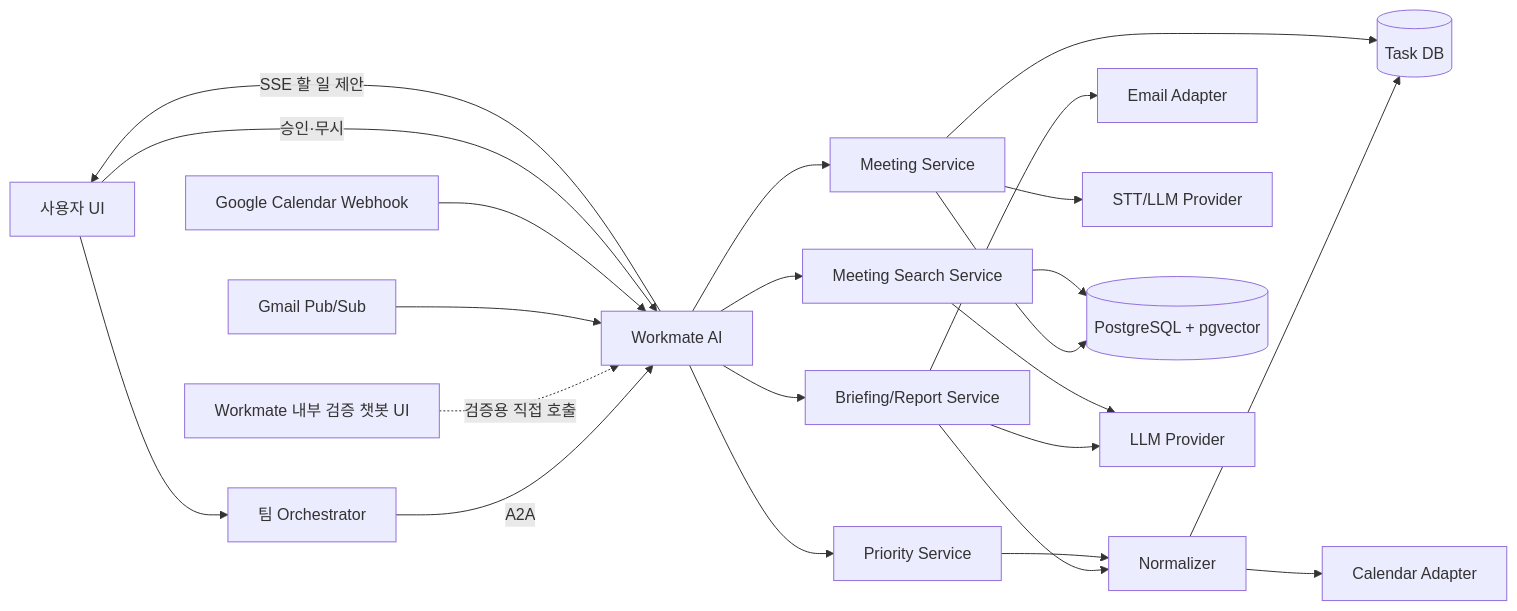
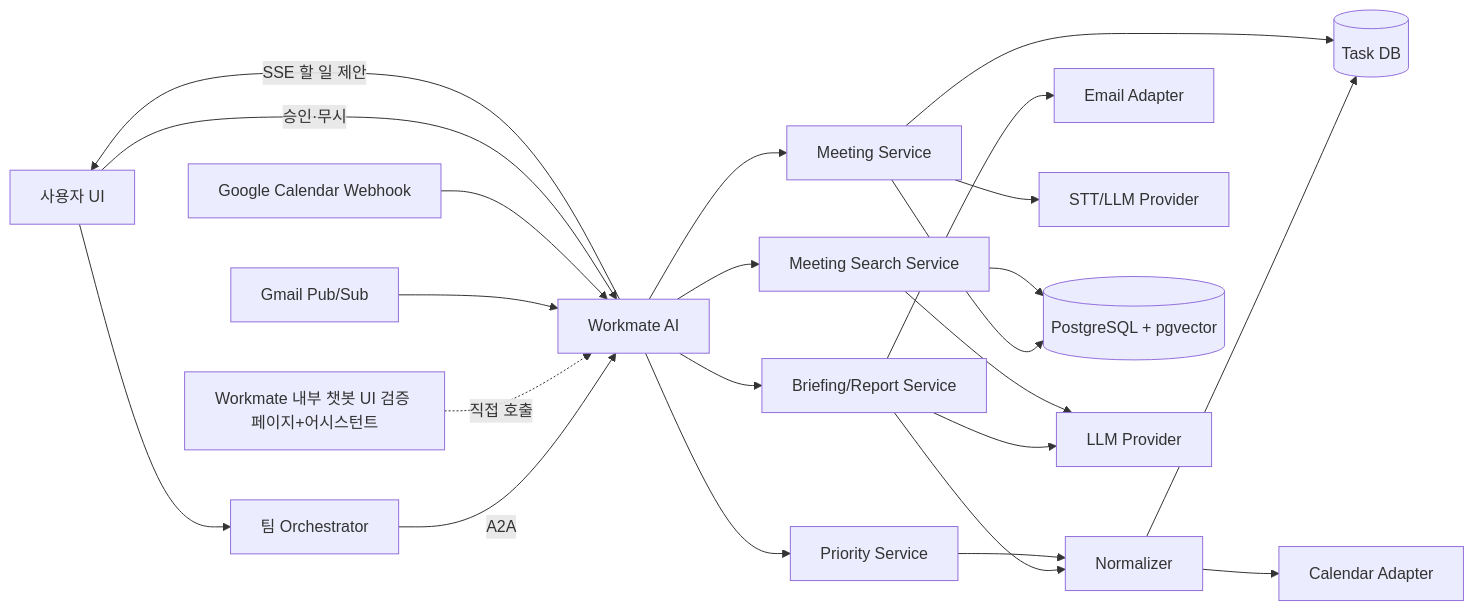
One commit to sjseo1221/workmate changed the diagram in docs/01-overview-architecture.md. Above: the diagram before and after it, drawn with Mermaid. The commit also changed other lines of this file and 9 other files, not shown here.

````diff
--- a/docs/01-overview-architecture.md
+++ b/docs/01-overview-architecture.md
@@ -47,25 +47,25 @@
 ```mermaid
 flowchart LR
     U[사용자 UI] --> O[팀 Orchestrator]
     O -->|A2A| W[Workmate AI]
-    VC[Workmate 내부 검증 챗봇 UI] -.->|검증용 직접 호출| W
+    VC[Workmate 내부 챗봇 UI 검증 페이지+어시스턴트] -.->|직접 호출| W
     G[Gmail Pub/Sub] --> W
     GC[Google Calendar Webhook] --> W
     W -->|SSE 할 일 제안| U
     U -->|승인·무시| W
     W --> B[Briefing/Report Service]
     W --> P[Priority Service]
     W --> M[Meeting Service]
     W --> R[Meeting Search Service]
     B --> N[Normalizer]
     P --> N
     N --> T[(Task DB)]
     N --> C[Calendar Adapter]
     B --> E[Email Adapter]
     M --> S[STT/LLM Provider]
     M --> T
     M --> V[(PostgreSQL + pgvector)]
     R --> V
     B --> L[LLM Provider]
     R --> L
 ```
````
